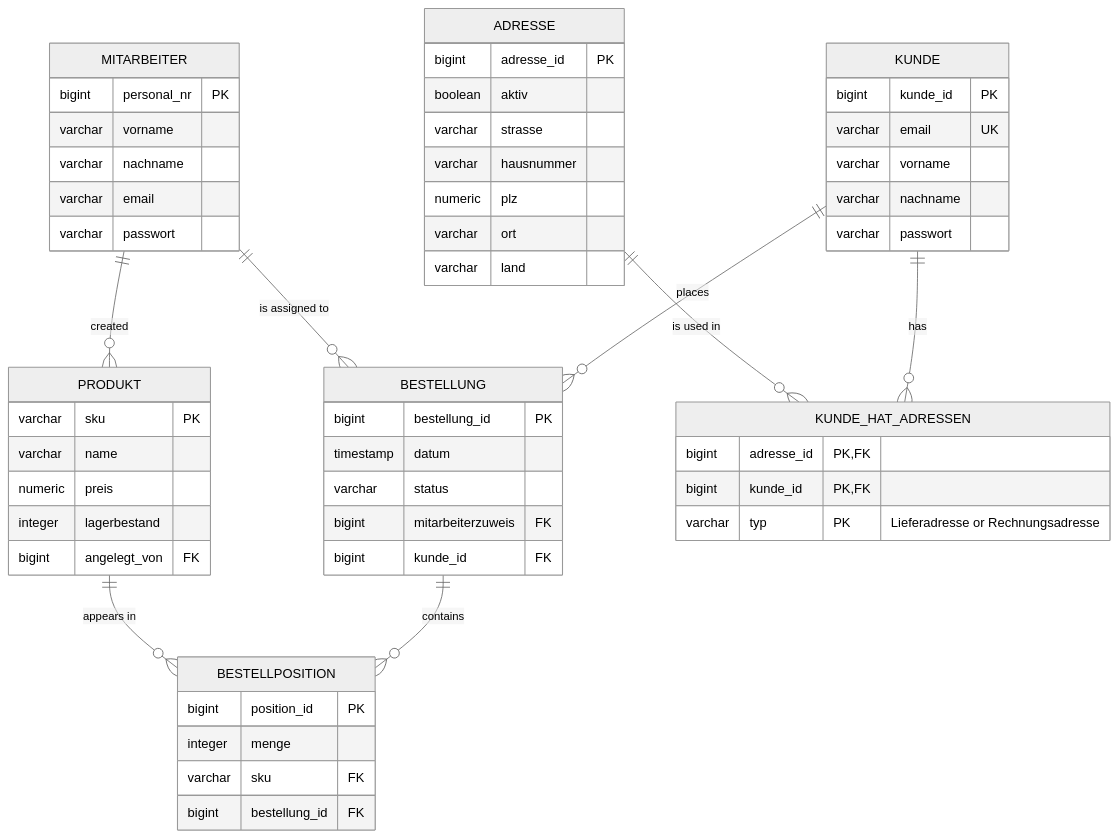
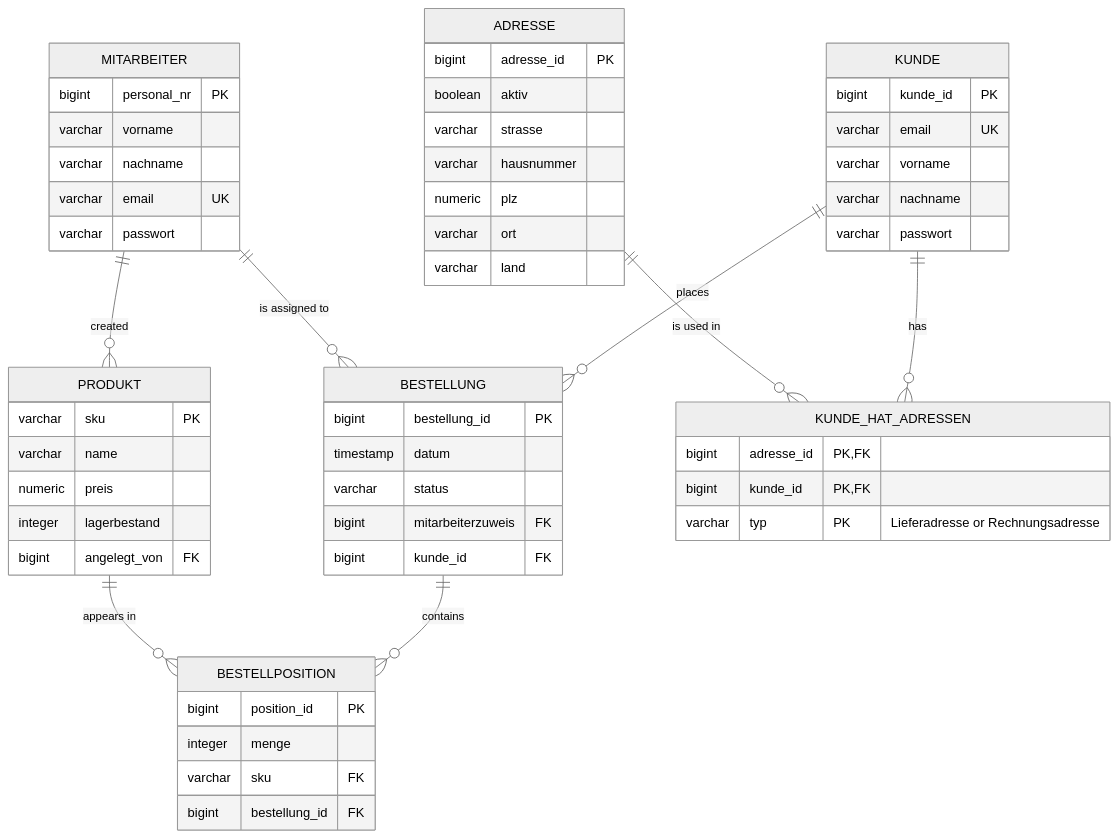
The second of 3 diagrams in README.md (Yusufb7841/spring-postgres-shop-api), drawn with Mermaid (neutral theme) before and after one commit. The commit also changed other lines of this file and 2 other files, not shown here.

````diff
--- a/README.md
+++ b/README.md
@@ -94,59 +94,59 @@
 ```mermaid
 erDiagram
     KUNDE ||--o{ BESTELLUNG : places
     MITARBEITER ||--o{ BESTELLUNG : "is assigned to"
     MITARBEITER ||--o{ PRODUKT : created
     BESTELLUNG ||--o{ BESTELLPOSITION : contains
     PRODUKT ||--o{ BESTELLPOSITION : "appears in"
     KUNDE ||--o{ KUNDE_HAT_ADRESSEN : has
     ADRESSE ||--o{ KUNDE_HAT_ADRESSEN : "is used in"
 
     KUNDE {
         bigint kunde_id PK
         varchar email UK
         varchar vorname
         varchar nachname
         varchar passwort
     }
     ADRESSE {
         bigint adresse_id PK
         boolean aktiv
         varchar strasse
         varchar hausnummer
         numeric plz
         varchar ort
         varchar land
     }
     KUNDE_HAT_ADRESSEN {
         bigint adresse_id PK, FK
         bigint kunde_id PK, FK
         varchar typ PK "Lieferadresse or Rechnungsadresse"
     }
     MITARBEITER {
         bigint personal_nr PK
         varchar vorname
         varchar nachname
-        varchar email
+        varchar email UK
         varchar passwort
     }
     PRODUKT {
         varchar sku PK
         varchar name
         numeric preis
         integer lagerbestand
         bigint angelegt_von FK
     }
     BESTELLUNG {
         bigint bestellung_id PK
         timestamp datum
         varchar status
         bigint mitarbeiterzuweis FK
         bigint kunde_id FK
     }
     BESTELLPOSITION {
         bigint position_id PK
         integer menge
         varchar sku FK
         bigint bestellung_id FK
     }
 ```
````
